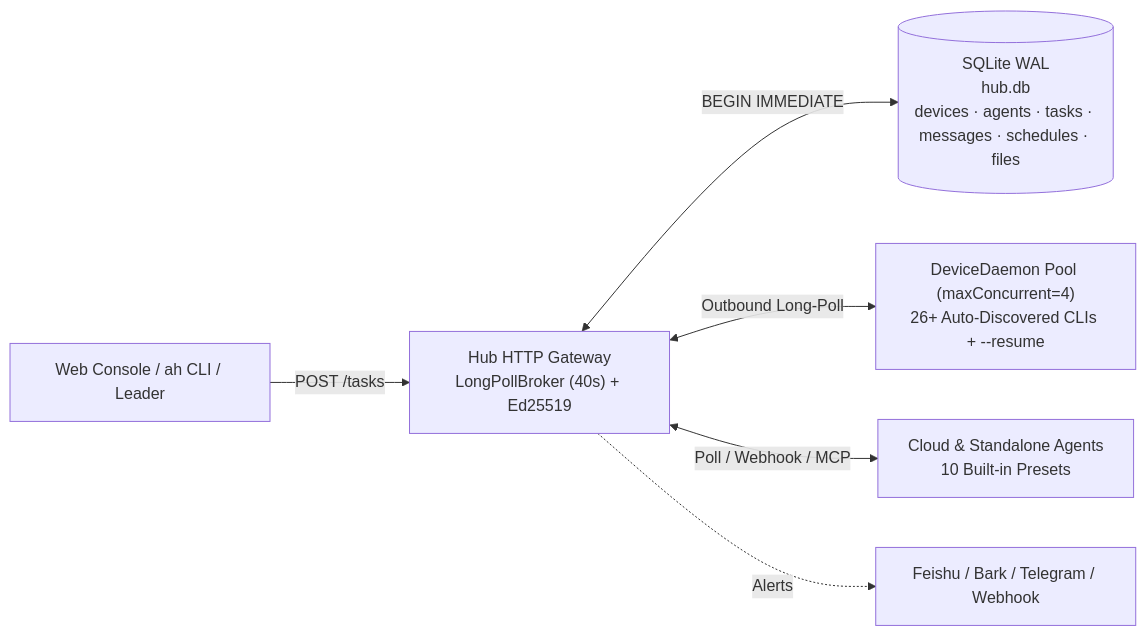
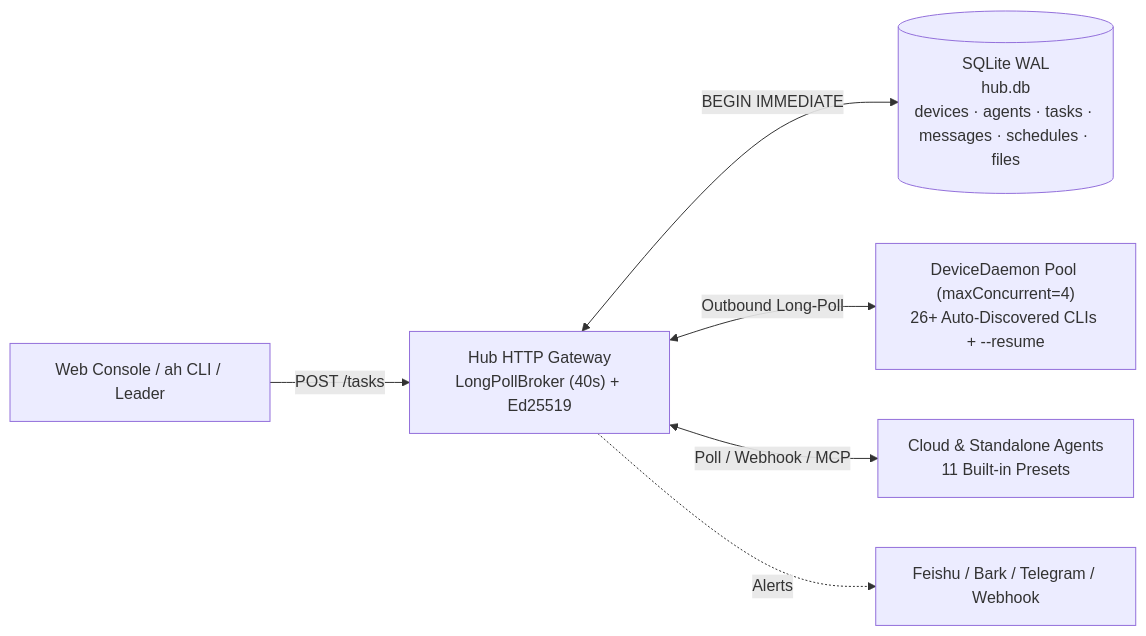
The second of 3 diagrams in README.en.md (backtomyfuture/a2a-hub), drawn with Mermaid before and after one commit. The commit also changed other lines of this file and 8 other files, not shown here.

````diff
--- a/README.en.md
+++ b/README.en.md
@@ -197,8 +197,8 @@
 ```mermaid
 flowchart LR
     U["Web Console / ah CLI / Leader"] -->|POST /tasks| GW["Hub HTTP Gateway\nLongPollBroker (40s) + Ed25519"]
     GW <-->|BEGIN IMMEDIATE| DB[("SQLite WAL\nhub.db\ndevices · agents · tasks · messages · schedules · files")]
     GW <-->|Outbound Long-Poll| DEV["DeviceDaemon Pool (maxConcurrent=4)\n26+ Auto-Discovered CLIs + --resume"]
-    GW <-->|Poll / Webhook / MCP| CLD["Cloud & Standalone Agents\n10 Built-in Presets"]
+    GW <-->|Poll / Webhook / MCP| CLD["Cloud & Standalone Agents\n11 Built-in Presets"]
     GW -.->|Alerts| NTF["Feishu / Bark / Telegram / Webhook"]
 ```
````
